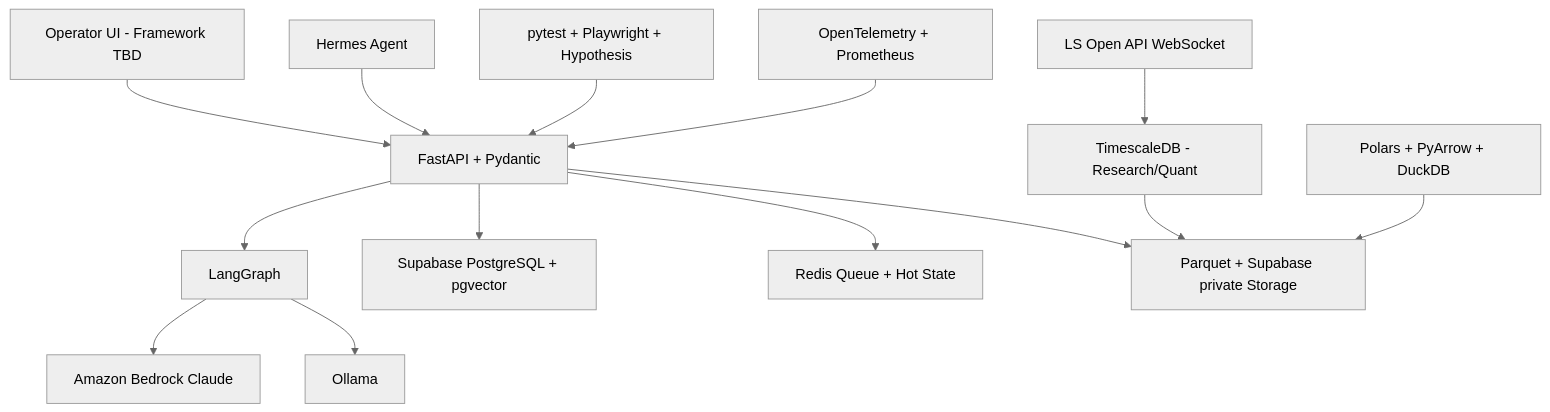
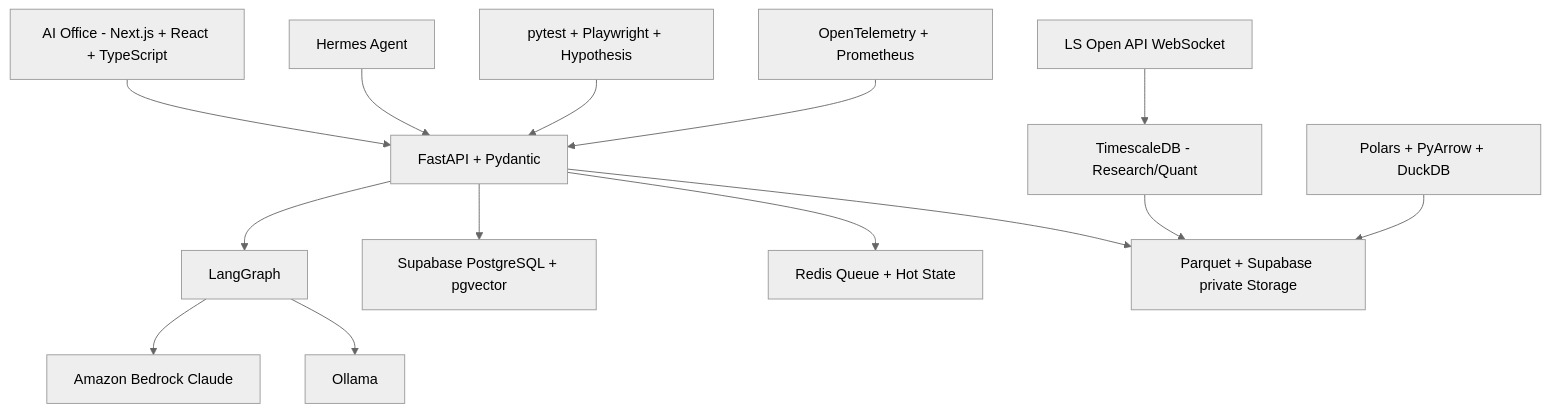
Before and after one commit to HgFinance/multi_agent: the second of 2 diagrams in docs/README.md, drawn with Mermaid (neutral theme). The commit also changed other lines of this file and 15 other files, not shown here.

Commit message:
document AI Office frontend architecture

````diff
--- a/docs/README.md
+++ b/docs/README.md
@@ -206,18 +207,18 @@
 ```mermaid
 flowchart TB
-    UI["Operator UI - Framework TBD"] --> API["FastAPI + Pydantic"]
+    UI["AI Office - Next.js + React + TypeScript"] --> API["FastAPI + Pydantic"]
     HERMES["Hermes Agent"] --> API
     API --> LANG["LangGraph"]
     LANG --> BEDROCK["Amazon Bedrock Claude"]
     LANG --> OLLAMA["Ollama"]
 
     API --> SUPA["Supabase PostgreSQL + pgvector"]
     MARKET["LS Open API WebSocket"] --> TSDB["TimescaleDB - Research/Quant"]
     API --> REDIS["Redis Queue + Hot State"]
     TSDB --> STORE["Parquet + Supabase private Storage"]
     API --> STORE
 
     DATA["Polars + PyArrow + DuckDB"] --> STORE
     TEST["pytest + Playwright + Hypothesis"] --> API
     OBS["OpenTelemetry + Prometheus"] --> API
 ```
````
